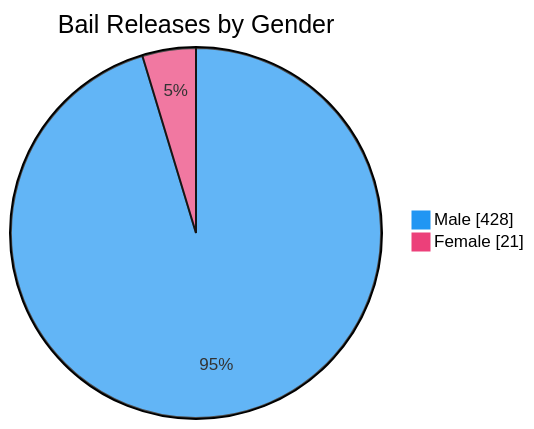
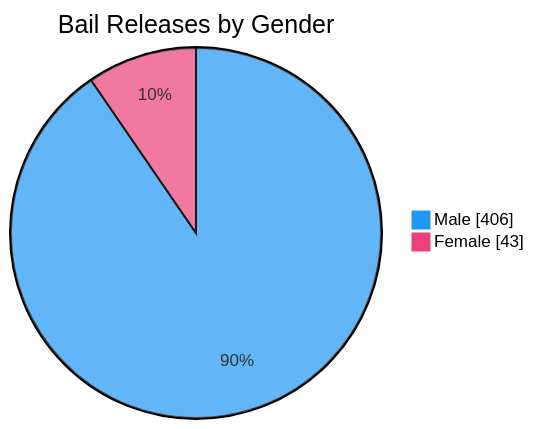
Before and after one commit to nuuuwan/lk_prisons: the seventh of 7 diagrams in README.md, drawn with Mermaid. The commit also changed other lines of this file and 1 other file, not shown here.

````diff
--- a/README.md
+++ b/README.md
@@ -109,6 +109,6 @@
 ```mermaid
 %%{init: {'themeVariables': {'pie1': '#2196F3', 'pie2': '#EC407A'}}}%%
 pie showData title Bail Releases by Gender
-    "Male" : 428
-    "Female" : 21
+    "Male" : 406
+    "Female" : 43
 ```
````
